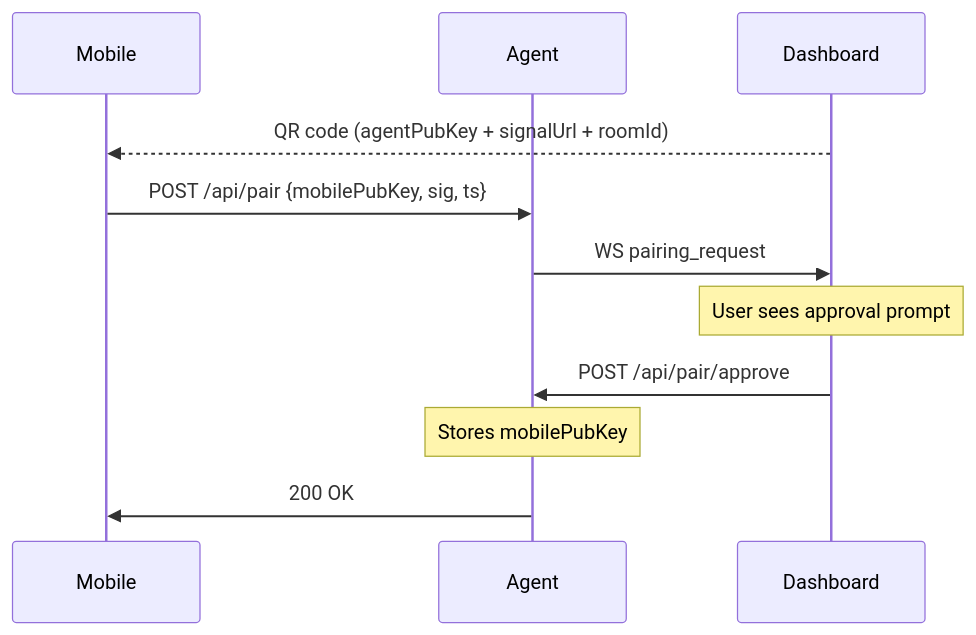
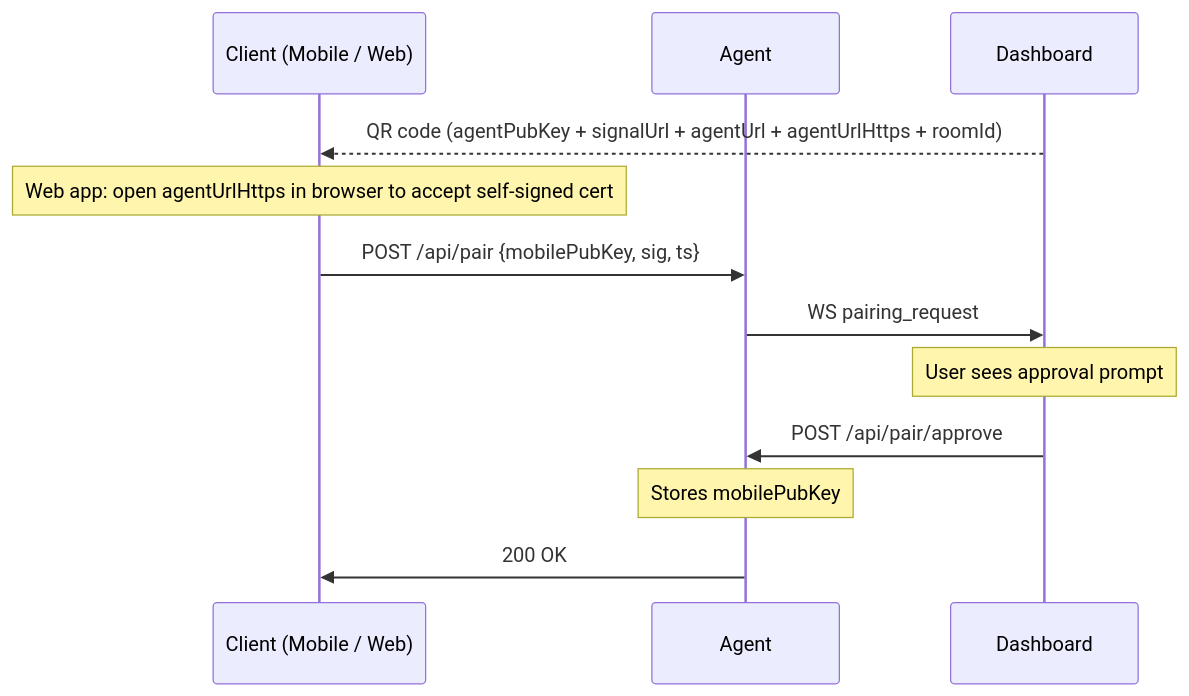
Before and after one commit to nekonihq/nekoni: the second of 3 diagrams in README.md, drawn with Mermaid. The commit also changed other lines of this file and 32 other files, not shown here.

Commit message:
web app added

````diff
--- a/README.md
+++ b/README.md
@@ -276,14 +328,15 @@
 ```mermaid
 sequenceDiagram
-    participant M as Mobile
+    participant C as Client (Mobile / Web)
     participant A as Agent
     participant D as Dashboard
 
-    D-->>M: QR code (agentPubKey + signalUrl + roomId)
-    M->>A: POST /api/pair {mobilePubKey, sig, ts}
+    D-->>C: QR code (agentPubKey + signalUrl + agentUrl + agentUrlHttps + roomId)
+    Note over C: Web app: open agentUrlHttps in browser to accept self-signed cert
+    C->>A: POST /api/pair {mobilePubKey, sig, ts}
     A->>D: WS pairing_request
     Note over D: User sees approval prompt
     D->>A: POST /api/pair/approve
     Note over A: Stores mobilePubKey
-    A->>M: 200 OK
+    A->>C: 200 OK
 ```
````
